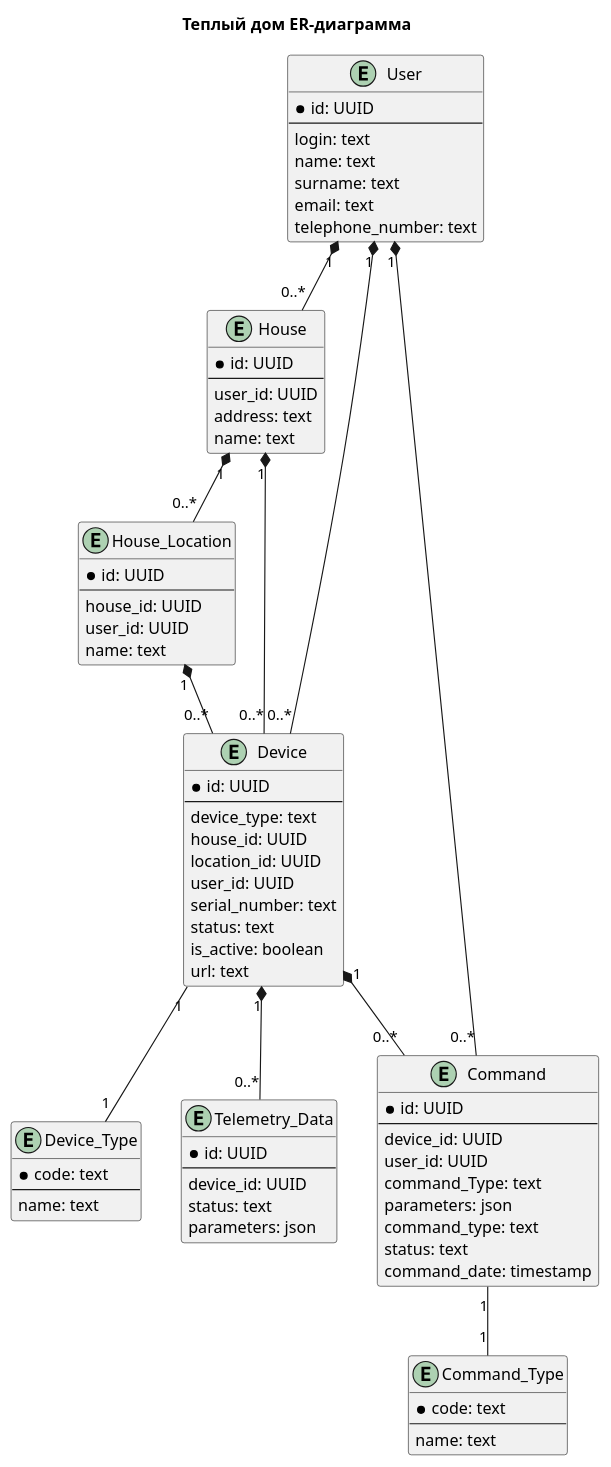
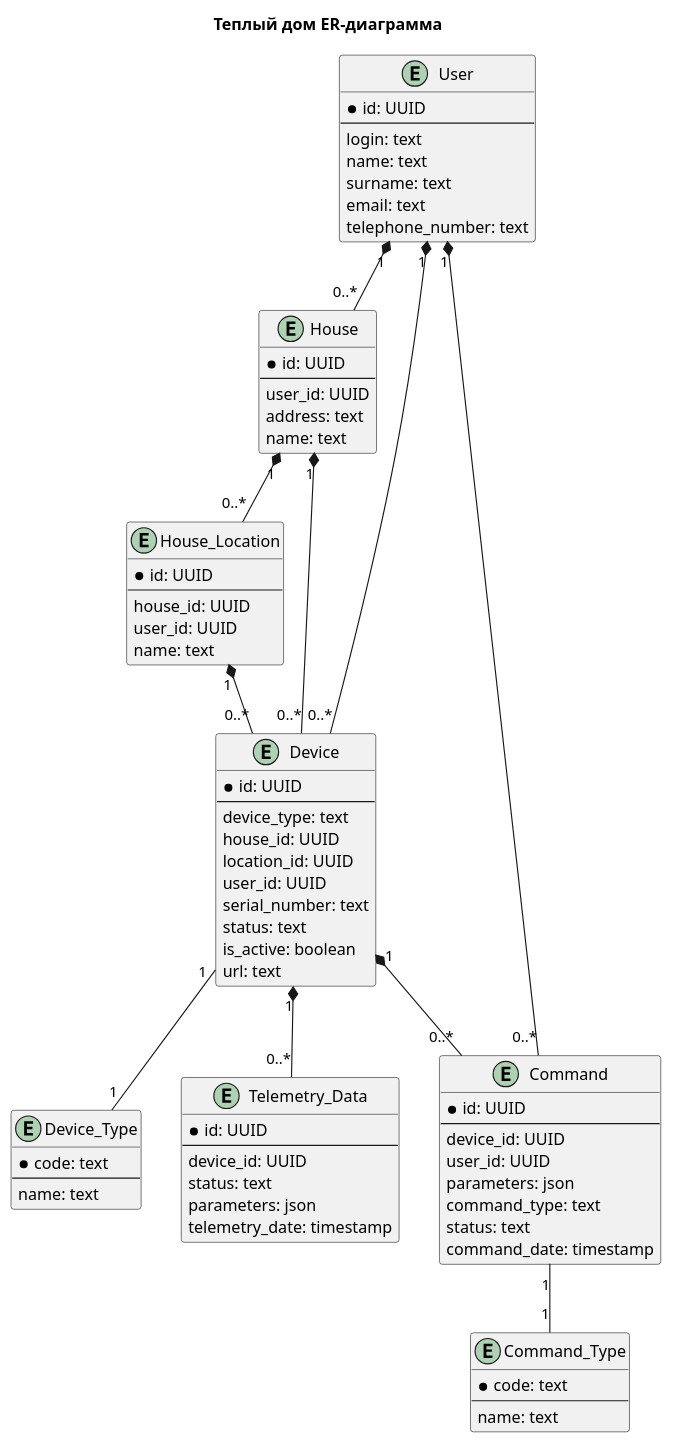
Before and after one commit to DemArk939/architecture-pro-warmhouse: the diagram in schemas/er/er.puml, drawn with PlantUML. The commit also changed 7 other files, not shown here.

```diff
--- a/schemas/er/er.puml
+++ b/schemas/er/er.puml
@@ -1,89 +1,89 @@
 @startuml
 title Теплый дом ER-диаграмма
 
 top to bottom direction
 
 entity User {
     *id: UUID
     ---
     login: text
     name: text
     surname: text
     email: text
     telephone_number: text
 }
 
 entity House {
     *id: UUID
     ---
     user_id: UUID
     address: text
     name: text
 }
 
 entity House_Location {
     *id: UUID
     ---
     house_id: UUID
     user_id: UUID
     name: text
 }
 
 entity Device {
     *id: UUID
     ---
     device_type: text
     house_id: UUID
     location_id: UUID
     user_id: UUID
     serial_number: text
     status: text
     is_active: boolean
     url: text
 }
 
 entity Device_Type {
     *code: text
     ---
     name: text
 }
 
 entity Command {
     *id: UUID
     ---
     device_id: UUID
     user_id: UUID
-    command_Type: text
     parameters: json
     command_type: text
     status: text
     command_date: timestamp
 }
 
 entity Command_Type {
     *code: text
     ---
     name: text
 }
 
 entity Telemetry_Data {
     *id: UUID
     ---
     device_id: UUID
     status: text
     parameters: json
+    telemetry_date: timestamp
 }
 
 
 User "1" *-- "0..*" House
 House "1" *-- "0..*" House_Location
 House_Location "1" *-- "0..*" Device
 House "1" *-- "0..*" Device
 User "1" *-- "0..*" Device
 User "1" *-- "0..*" Command
 Device "1" -- "1" Device_Type
 Device "1" *-- "0..*" Command
 Device "1" *-- "0..*" Telemetry_Data
 Command "1" -- "1" Command_Type
 
 @enduml
```
